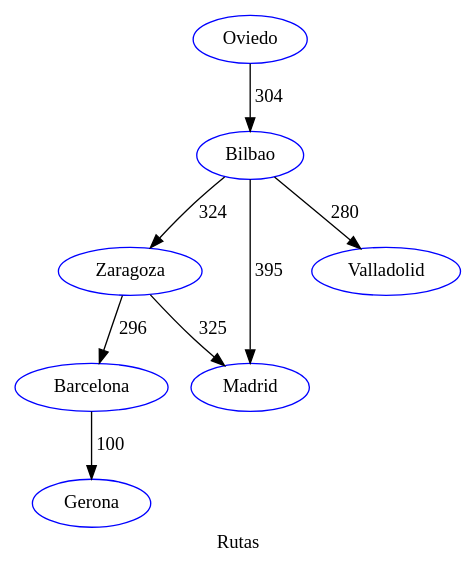
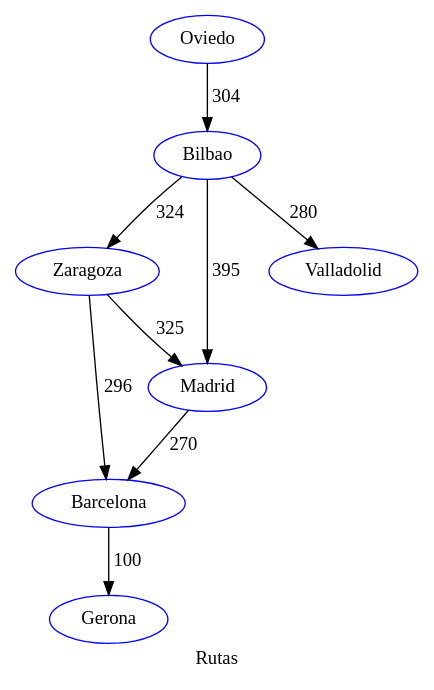
One commit to Rauqoz/EDD_Proyecto_2 changed the diagram in rutas.dot. Above: the diagram before and after it, drawn with Graphviz. The commit also changed 8 other files, not shown here.

```diff
--- a/rutas.dot
+++ b/rutas.dot
@@ -1,2 +1,2 @@
 digraph G { 
-node [style=circle, color = blue];Oviedo -> Bilbao[label="304"];Bilbao -> Zaragoza[label="324"];Bilbao -> Madrid[label="395"];Bilbao -> Valladolid[label="280"];Zaragoza -> Barcelona[label="296"];Zaragoza -> Madrid[label="325"];Barcelona -> Gerona[label="100"]; label = "Rutas";} 
+node [style=circle, color = blue];Oviedo -> Bilbao[label="304"];Bilbao -> Zaragoza[label="324"];Bilbao -> Madrid[label="395"];Bilbao -> Valladolid[label="280"];Zaragoza -> Barcelona[label="296"];Zaragoza -> Madrid[label="325"];Barcelona -> Gerona[label="100"];Madrid -> Barcelona[label="270"]; label = "Rutas";} 
```
